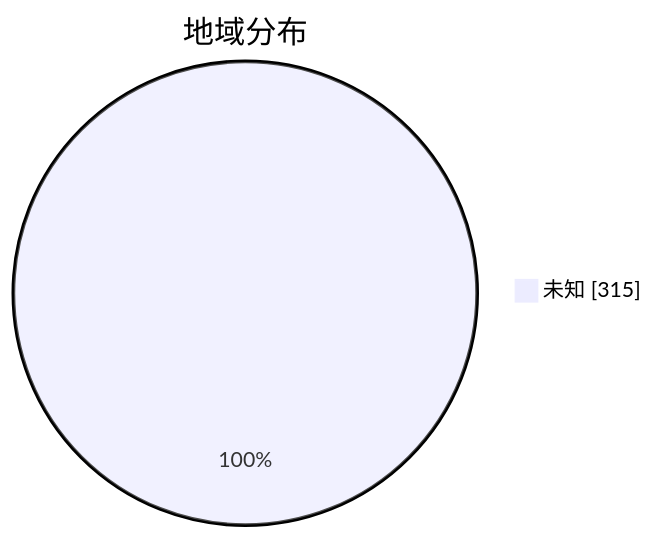
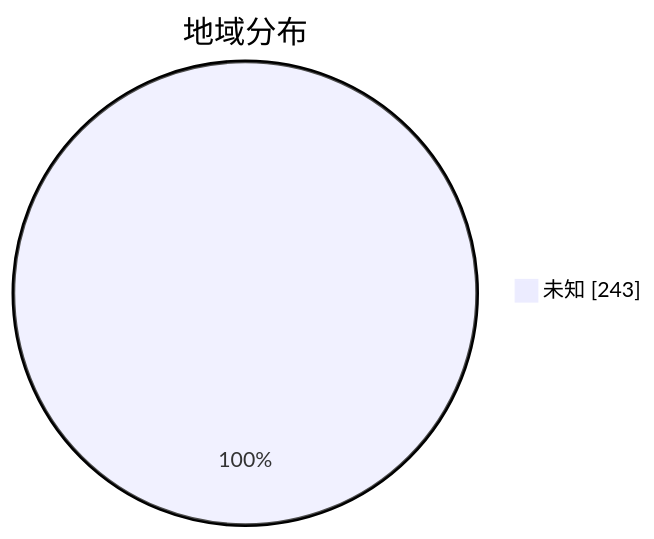
The second of 3 diagrams in subs/statistics/tested_within.md (qjlxg/airport), drawn with Mermaid before and after one commit. The commit also changed other lines of this file and 2 other files, not shown here.

````diff
--- a/subs/statistics/tested_within.md
+++ b/subs/statistics/tested_within.md
@@ -14,5 +12,5 @@
 ```mermaid
 pie showData
 title 地域分布
-"未知" : 315
+"未知" : 243
 ```
````
